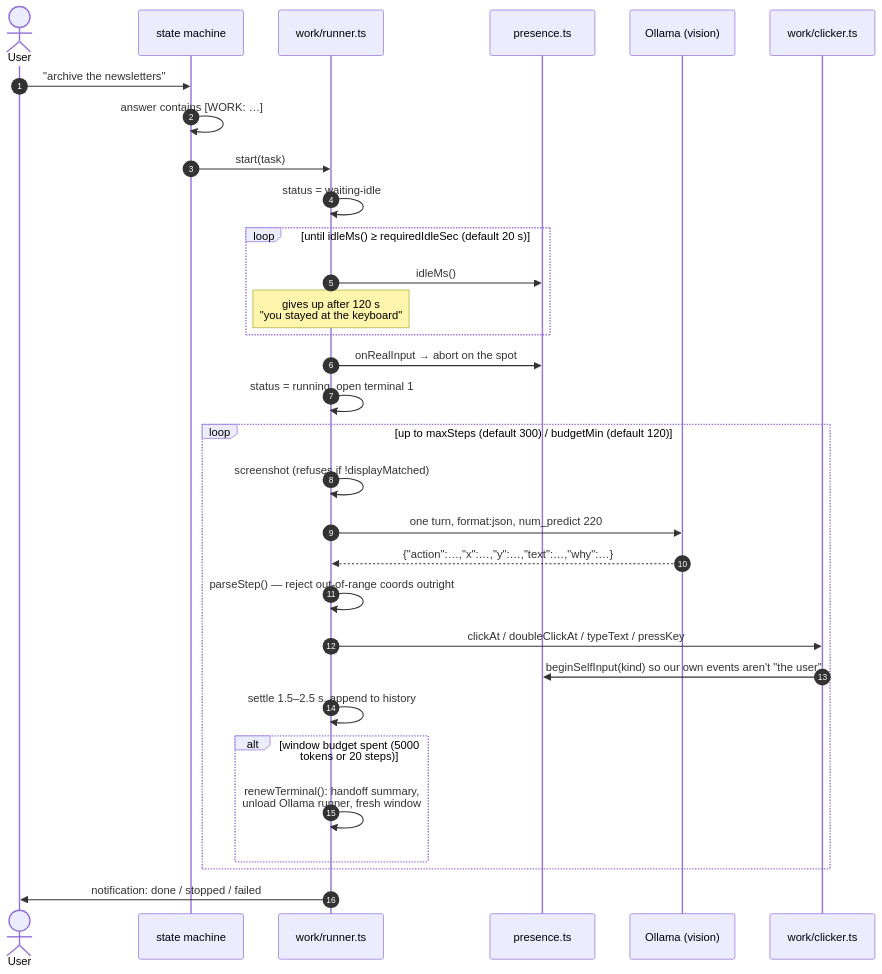
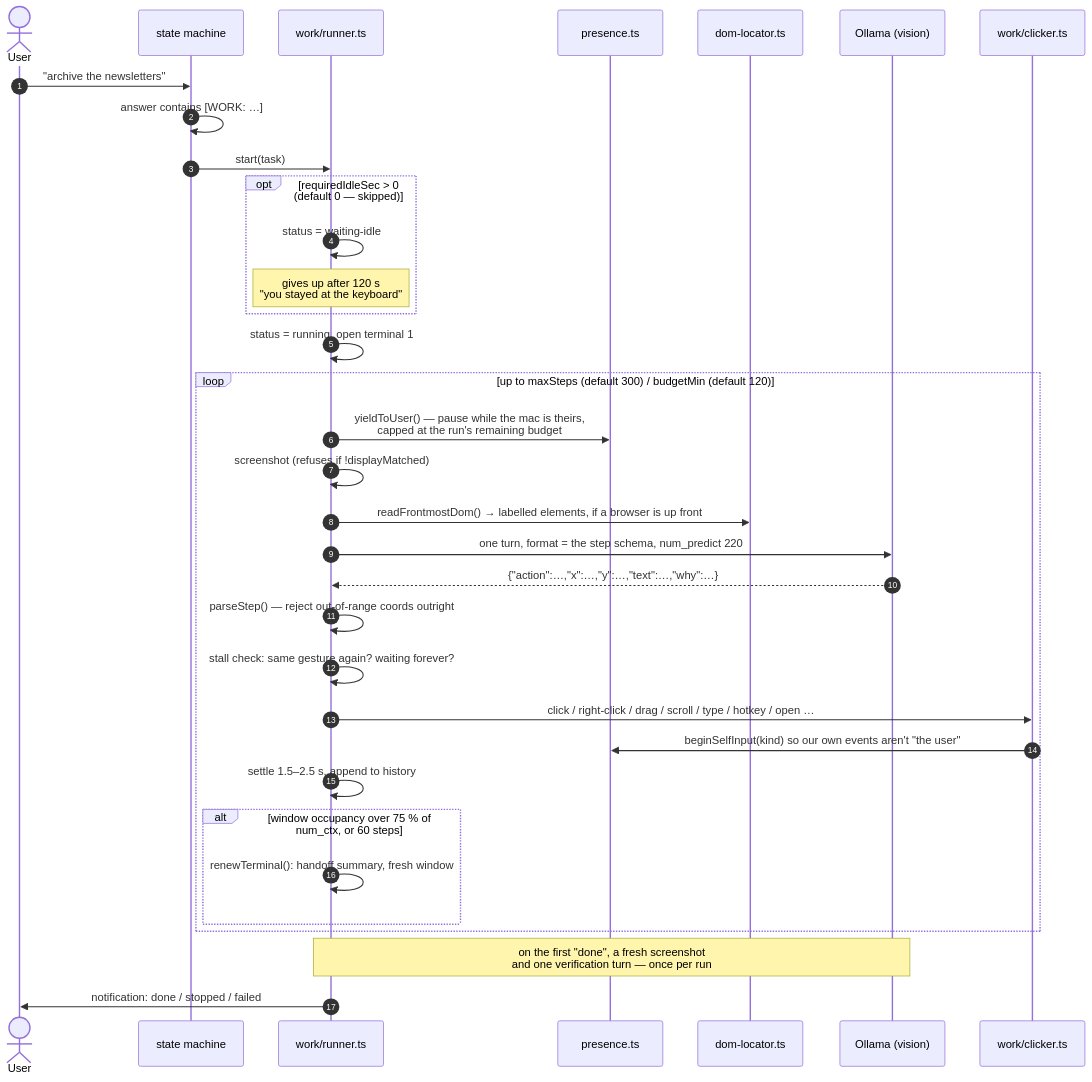
Before and after one commit to Tromset/SunFlowerAssistant: diagram 12 of 17 in DOCUMENTATION.md, drawn with Mermaid. The commit also changed other lines of this file and 7 other files, not shown here.

````diff
--- a/DOCUMENTATION.md
+++ b/DOCUMENTATION.md
@@ -734,34 +735,37 @@
 ```mermaid
 sequenceDiagram
     autonumber
     actor U as User
     participant SM as state machine
     participant WR as work/runner.ts
     participant PR as presence.ts
+    participant DL as dom-locator.ts
     participant OL as Ollama (vision)
     participant CL as work/clicker.ts
 
     U->>SM: "archive the newsletters"
     SM->>SM: answer contains [WORK: …]
     SM->>WR: start(task)
-    WR->>WR: status = waiting-idle
-    loop until idleMs() ≥ requiredIdleSec (default 20 s)
-        WR->>PR: idleMs()
+    opt requiredIdleSec > 0 (default 0 — skipped)
+        WR->>WR: status = waiting-idle
         Note over WR: gives up after 120 s<br/>"you stayed at the keyboard"
     end
-    WR->>PR: onRealInput → abort on the spot
     WR->>WR: status = running, open terminal 1
     loop up to maxSteps (default 300) / budgetMin (default 120)
+        WR->>PR: yieldToUser() — pause while the mac is theirs,<br/>capped at the run's remaining budget
         WR->>WR: screenshot (refuses if !displayMatched)
-        WR->>OL: one turn, format:json, num_predict 220
+        WR->>DL: readFrontmostDom() → labelled elements, if a browser is up front
+        WR->>OL: one turn, format = the step schema, num_predict 220
         OL-->>WR: {"action":…,"x":…,"y":…,"text":…,"why":…}
         WR->>WR: parseStep() — reject out-of-range coords outright
-        WR->>CL: clickAt / doubleClickAt / typeText / pressKey
+        WR->>WR: stall check: same gesture again? waiting forever?
+        WR->>CL: click / right-click / drag / scroll / type / hotkey / open …
         CL->>PR: beginSelfInput(kind) so our own events aren't "the user"
         WR->>WR: settle 1.5–2.5 s, append to history
-        alt window budget spent (5000 tokens or 20 steps)
-            WR->>WR: renewTerminal(): handoff summary,<br/>unload Ollama runner, fresh window
+        alt window occupancy over 75 % of num_ctx, or 60 steps
+            WR->>WR: renewTerminal(): handoff summary, fresh window
         end
     end
+    Note over WR,OL: on the first "done", a fresh screenshot<br/>and one verification turn — once per run
     WR->>U: notification: done / stopped / failed
 ```
````
